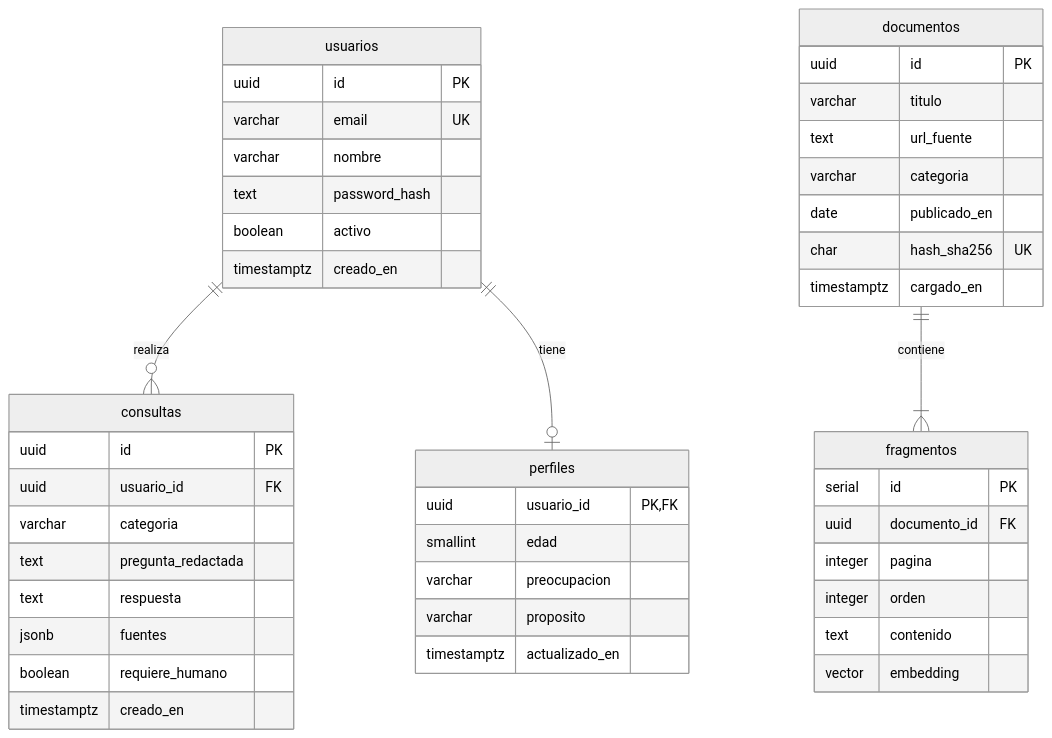
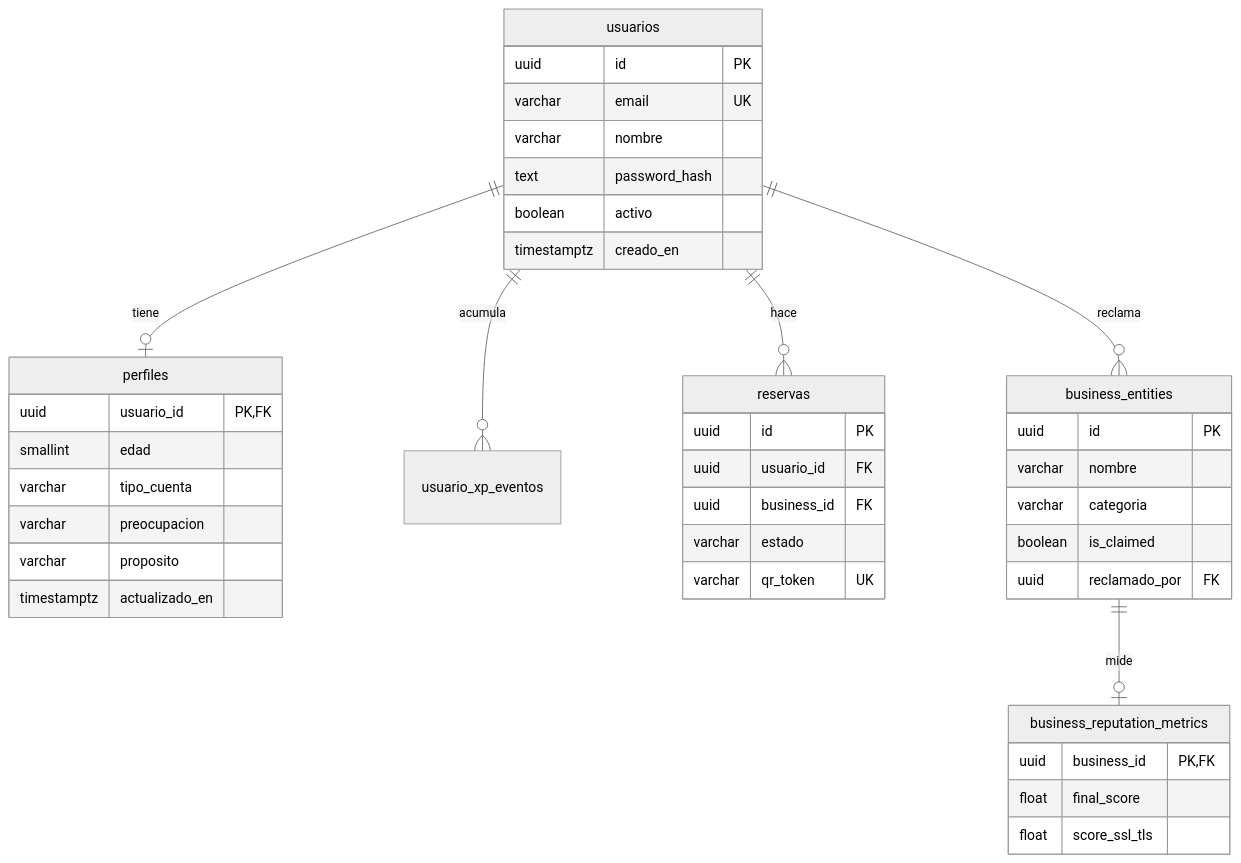
Before and after one commit to Nplandry/ServiChile: the diagram in servichile-backend/docs/modelo_datos.md, drawn with Mermaid (neutral theme). The commit also changed other lines of this file and 70 other files, not shown here.

````diff
--- a/servichile-backend/docs/modelo_datos.md
+++ b/servichile-backend/docs/modelo_datos.md
@@ -5,49 +5,44 @@
 ```mermaid
 erDiagram
-    usuarios ||--o{ consultas : realiza
     usuarios ||--o| perfiles : tiene
-    documentos ||--|{ fragmentos : contiene
+    usuarios ||--o{ usuario_xp_eventos : acumula
+    usuarios ||--o{ reservas : hace
+    usuarios ||--o{ business_entities : reclama
+    business_entities ||--o| business_reputation_metrics : mide
 
     usuarios {
         uuid id PK
         varchar email UK
         varchar nombre
         text password_hash
         boolean activo
         timestamptz creado_en
     }
     perfiles {
         uuid usuario_id PK, FK
         smallint edad
+        varchar tipo_cuenta
         varchar preocupacion
         varchar proposito
         timestamptz actualizado_en
     }
-    consultas {
+    business_entities {
+        uuid id PK
+        varchar nombre
+        varchar categoria
+        boolean is_claimed
+        uuid reclamado_por FK
+    }
+    business_reputation_metrics {
+        uuid business_id PK, FK
+        float final_score
+        float score_ssl_tls
+    }
+    reservas {
         uuid id PK
         uuid usuario_id FK
-        varchar categoria
-        text pregunta_redactada
-        text respuesta
-        jsonb fuentes
-        boolean requiere_humano
-        timestamptz creado_en
-    }
-    documentos {
-        uuid id PK
-        varchar titulo
-        text url_fuente
-        varchar categoria
-        date publicado_en
-        char hash_sha256 UK
-        timestamptz cargado_en
-    }
-    fragmentos {
-        serial id PK
-        uuid documento_id FK
-        integer pagina
-        integer orden
-        text contenido
-        vector embedding
+        uuid business_id FK
+        varchar estado
+        varchar qr_token UK
     }
 ```
````
